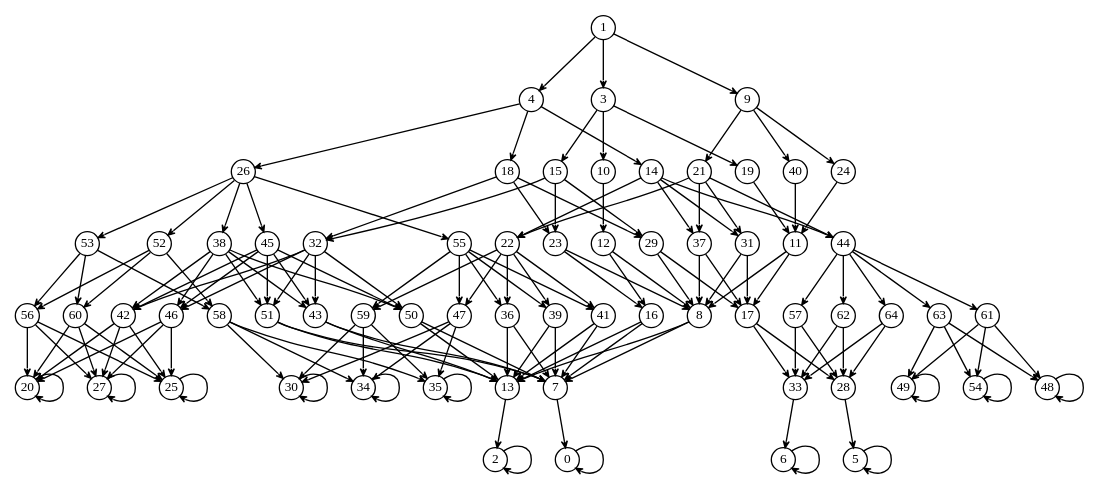
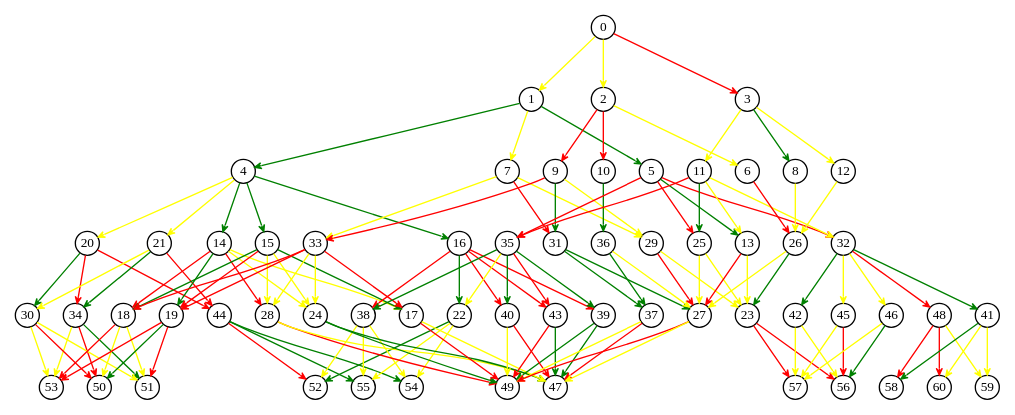
One commit to kphongph/repo_ttu changed the diagram in g.dot. Above: the diagram before and after it, drawn with Graphviz. The commit also changed 3 other files, not shown here.

```diff
--- a/g.dot
+++ b/g.dot
@@ -1,220 +1,199 @@
 digraph G {
    node [shape=circle,width=.25,height=.25,fixedsize=true,fontsize=10];
    edge [arrowhead="vee",arrowsize=.5];
-   s0 [label="1"];
-   s1 [label="4"];
-   s2 [label="3"];
-   s3 [label="9"];
-   s4 [label="26"];
-   s5 [label="18"];
-   s6 [label="15"];
+   s0 [label="0"];
+   s1 [label="1"];
+   s2 [label="2"];
+   s3 [label="3"];
+   s4 [label="4"];
+   s5 [label="7"];
+   s6 [label="9"];
    s7 [label="10"];
-   s8 [label="14"];
-   s9 [label="21"];
-   s10 [label="19"];
-   s11 [label="40"];
-   s12 [label="24"];
-   s13 [label="53"];
-   s14 [label="52"];
-   s15 [label="38"];
-   s16 [label="45"];
-   s17 [label="32"];
-   s18 [label="55"];
-   s19 [label="22"];
-   s20 [label="23"];
-   s21 [label="12"];
+   s8 [label="5"];
+   s9 [label="11"];
+   s10 [label="6"];
+   s11 [label="8"];
+   s12 [label="12"];
+   s13 [label="20"];
+   s14 [label="21"];
+   s15 [label="14"];
+   s16 [label="15"];
+   s17 [label="33"];
+   s18 [label="16"];
+   s19 [label="35"];
+   s20 [label="31"];
+   s21 [label="36"];
    s22 [label="29"];
-   s23 [label="37"];
-   s24 [label="31"];
-   s25 [label="11"];
-   s26 [label="44"];
-   s27 [label="60"];
-   s28 [label="56"];
-   s29 [label="42"];
-   s30 [label="46"];
-   s31 [label="58"];
-   s32 [label="47"];
-   s33 [label="59"];
-   s34 [label="51"];
-   s35 [label="43"];
-   s36 [label="50"];
-   s37 [label="39"];
-   s38 [label="41"];
-   s39 [label="36"];
-   s40 [label="16"];
-   s41 [label="8"];
-   s42 [label="63"];
-   s43 [label="61"];
-   s44 [label="17"];
-   s45 [label="62"];
-   s46 [label="64"];
-   s47 [label="57"];
-   s48 [label="27"];
-   s49 [label="25"];
-   s50 [label="20"];
-   s51 [label="35"];
-   s52 [label="30"];
-   s53 [label="34"];
-   s54 [label="13"];
-   s55 [label="7"];
-   s56 [label="54"];
-   s57 [label="48"];
-   s58 [label="49"];
-   s59 [label="33"];
-   s60 [label="28"];
-   s61 [label="2"];
-   s62 [label="0"];
-   s63 [label="6"];
-   s64 [label="5"];
-   s0 -> s1;
-   s0 -> s2;
-   s0 -> s3;
-   s1 -> s4;
-   s1 -> s5;
-   s1 -> s8;
-   s2 -> s6;
-   s2 -> s7;
-   s2 -> s10;
-   s3 -> s9;
-   s3 -> s11;
-   s3 -> s12;
-   s4 -> s13;
-   s4 -> s14;
-   s4 -> s15;
-   s4 -> s16;
-   s4 -> s18;
-   s5 -> s17;
-   s5 -> s20;
-   s5 -> s22;
-   s6 -> s17;
-   s6 -> s20;
-   s6 -> s22;
-   s7 -> s21;
-   s8 -> s19;
-   s8 -> s23;
-   s8 -> s24;
-   s8 -> s26;
-   s9 -> s19;
-   s9 -> s23;
-   s9 -> s24;
-   s9 -> s26;
-   s10 -> s25;
-   s11 -> s25;
-   s12 -> s25;
-   s13 -> s27;
-   s13 -> s28;
-   s13 -> s31;
-   s14 -> s27;
-   s14 -> s28;
-   s14 -> s31;
-   s15 -> s29;
-   s15 -> s30;
-   s15 -> s34;
-   s15 -> s35;
-   s15 -> s36;
-   s16 -> s29;
-   s16 -> s30;
-   s16 -> s34;
-   s16 -> s35;
-   s16 -> s36;
-   s17 -> s29;
-   s17 -> s30;
-   s17 -> s34;
-   s17 -> s35;
-   s17 -> s36;
-   s18 -> s32;
-   s18 -> s33;
-   s18 -> s37;
-   s18 -> s38;
-   s18 -> s39;
-   s19 -> s32;
-   s19 -> s33;
-   s19 -> s37;
-   s19 -> s38;
-   s19 -> s39;
-   s20 -> s40;
-   s20 -> s41;
-   s21 -> s40;
-   s21 -> s41;
-   s22 -> s41;
-   s22 -> s44;
-   s23 -> s41;
-   s23 -> s44;
-   s24 -> s41;
-   s24 -> s44;
-   s25 -> s41;
-   s25 -> s44;
-   s26 -> s42;
-   s26 -> s43;
-   s26 -> s45;
-   s26 -> s46;
-   s26 -> s47;
-   s27 -> s48;
-   s27 -> s49;
-   s27 -> s50;
-   s28 -> s48;
-   s28 -> s49;
-   s28 -> s50;
-   s29 -> s48;
-   s29 -> s49;
-   s29 -> s50;
-   s30 -> s48;
-   s30 -> s49;
-   s30 -> s50;
-   s31 -> s51;
-   s31 -> s52;
-   s31 -> s53;
-   s32 -> s51;
-   s32 -> s52;
-   s32 -> s53;
-   s33 -> s51;
-   s33 -> s52;
-   s33 -> s53;
-   s34 -> s54;
-   s34 -> s55;
-   s35 -> s54;
-   s35 -> s55;
-   s36 -> s54;
-   s36 -> s55;
-   s37 -> s54;
-   s37 -> s55;
-   s38 -> s54;
-   s38 -> s55;
-   s39 -> s54;
-   s39 -> s55;
-   s40 -> s54;
-   s40 -> s55;
-   s41 -> s54;
-   s41 -> s55;
-   s42 -> s56;
-   s42 -> s57;
-   s42 -> s58;
-   s43 -> s56;
-   s43 -> s57;
-   s43 -> s58;
-   s44 -> s59;
-   s44 -> s60;
-   s45 -> s59;
-   s45 -> s60;
-   s46 -> s59;
-   s46 -> s60;
-   s47 -> s59;
-   s47 -> s60;
-   s48 -> s48;
-   s49 -> s49;
-   s50 -> s50;
-   s51 -> s51;
-   s52 -> s52;
-   s53 -> s53;
-   s54 -> s61;
-   s55 -> s62;
-   s56 -> s56;
-   s57 -> s57;
-   s58 -> s58;
-   s59 -> s63;
-   s60 -> s64;
-   s61 -> s61;
-   s62 -> s62;
-   s63 -> s63;
-   s64 -> s64;
+   s23 [label="25"];
+   s24 [label="13"];
+   s25 [label="26"];
+   s26 [label="32"];
+   s27 [label="34"];
+   s28 [label="30"];
+   s29 [label="18"];
+   s30 [label="19"];
+   s31 [label="44"];
+   s32 [label="22"];
+   s33 [label="38"];
+   s34 [label="28"];
+   s35 [label="24"];
+   s36 [label="17"];
+   s37 [label="43"];
+   s38 [label="39"];
+   s39 [label="40"];
+   s40 [label="37"];
+   s41 [label="27"];
+   s42 [label="48"];
+   s43 [label="41"];
+   s44 [label="23"];
+   s45 [label="45"];
+   s46 [label="46"];
+   s47 [label="42"];
+   s48 [label="50"];
+   s49 [label="51"];
+   s50 [label="53"];
+   s51 [label="54"];
+   s52 [label="52"];
+   s53 [label="55"];
+   s54 [label="49"];
+   s55 [label="47"];
+   s56 [label="60"];
+   s57 [label="59"];
+   s58 [label="58"];
+   s59 [label="57"];
+   s60 [label="56"];
+   s0 -> s1 [color="yellow"];
+   s0 -> s2 [color="yellow"];
+   s0 -> s3 [color="red"];
+   s1 -> s4 [color="green"];
+   s1 -> s5 [color="yellow"];
+   s1 -> s8 [color="green"];
+   s2 -> s6 [color="red"];
+   s2 -> s7 [color="red"];
+   s2 -> s10 [color="yellow"];
+   s3 -> s9 [color="yellow"];
+   s3 -> s11 [color="green"];
+   s3 -> s12 [color="yellow"];
+   s4 -> s13 [color="yellow"];
+   s4 -> s14 [color="yellow"];
+   s4 -> s15 [color="green"];
+   s4 -> s16 [color="green"];
+   s4 -> s18 [color="green"];
+   s5 -> s17 [color="yellow"];
+   s5 -> s20 [color="red"];
+   s5 -> s22 [color="yellow"];
+   s6 -> s17 [color="red"];
+   s6 -> s20 [color="green"];
+   s6 -> s22 [color="yellow"];
+   s7 -> s21 [color="green"];
+   s8 -> s19 [color="red"];
+   s8 -> s23 [color="red"];
+   s8 -> s24 [color="green"];
+   s8 -> s26 [color="red"];
+   s9 -> s19 [color="red"];
+   s9 -> s23 [color="green"];
+   s9 -> s24 [color="yellow"];
+   s9 -> s26 [color="yellow"];
+   s10 -> s25 [color="red"];
+   s11 -> s25 [color="yellow"];
+   s12 -> s25 [color="yellow"];
+   s13 -> s27 [color="red"];
+   s13 -> s28 [color="green"];
+   s13 -> s31 [color="red"];
+   s14 -> s27 [color="green"];
+   s14 -> s28 [color="yellow"];
+   s14 -> s31 [color="red"];
+   s15 -> s29 [color="red"];
+   s15 -> s30 [color="green"];
+   s15 -> s34 [color="red"];
+   s15 -> s35 [color="yellow"];
+   s15 -> s36 [color="yellow"];
+   s16 -> s29 [color="green"];
+   s16 -> s30 [color="red"];
+   s16 -> s34 [color="yellow"];
+   s16 -> s35 [color="yellow"];
+   s16 -> s36 [color="green"];
+   s17 -> s29 [color="red"];
+   s17 -> s30 [color="red"];
+   s17 -> s34 [color="yellow"];
+   s17 -> s35 [color="yellow"];
+   s17 -> s36 [color="red"];
+   s18 -> s32 [color="green"];
+   s18 -> s33 [color="red"];
+   s18 -> s37 [color="red"];
+   s18 -> s38 [color="red"];
+   s18 -> s39 [color="red"];
+   s19 -> s32 [color="yellow"];
+   s19 -> s33 [color="green"];
+   s19 -> s37 [color="red"];
+   s19 -> s38 [color="green"];
+   s19 -> s39 [color="green"];
+   s20 -> s40 [color="green"];
+   s20 -> s41 [color="green"];
+   s21 -> s40 [color="green"];
+   s21 -> s41 [color="yellow"];
+   s22 -> s41 [color="red"];
+   s22 -> s44 [color="yellow"];
+   s23 -> s41 [color="yellow"];
+   s23 -> s44 [color="yellow"];
+   s24 -> s41 [color="red"];
+   s24 -> s44 [color="yellow"];
+   s25 -> s41 [color="yellow"];
+   s25 -> s44 [color="green"];
+   s26 -> s42 [color="red"];
+   s26 -> s43 [color="green"];
+   s26 -> s45 [color="yellow"];
+   s26 -> s46 [color="yellow"];
+   s26 -> s47 [color="green"];
+   s27 -> s48 [color="red"];
+   s27 -> s49 [color="green"];
+   s27 -> s50 [color="yellow"];
+   s28 -> s48 [color="red"];
+   s28 -> s49 [color="yellow"];
+   s28 -> s50 [color="yellow"];
+   s29 -> s48 [color="yellow"];
+   s29 -> s49 [color="yellow"];
+   s29 -> s50 [color="red"];
+   s30 -> s48 [color="green"];
+   s30 -> s49 [color="red"];
+   s30 -> s50 [color="red"];
+   s31 -> s51 [color="green"];
+   s31 -> s52 [color="red"];
+   s31 -> s53 [color="green"];
+   s32 -> s51 [color="yellow"];
+   s32 -> s52 [color="green"];
+   s32 -> s53 [color="yellow"];
+   s33 -> s51 [color="yellow"];
+   s33 -> s52 [color="yellow"];
+   s33 -> s53 [color="yellow"];
+   s34 -> s54 [color="red"];
+   s34 -> s55 [color="yellow"];
+   s35 -> s54 [color="green"];
+   s35 -> s55 [color="green"];
+   s36 -> s54 [color="red"];
+   s36 -> s55 [color="yellow"];
+   s37 -> s54 [color="red"];
+   s37 -> s55 [color="green"];
+   s38 -> s54 [color="green"];
+   s38 -> s55 [color="green"];
+   s39 -> s54 [color="yellow"];
+   s39 -> s55 [color="red"];
+   s40 -> s54 [color="yellow"];
+   s40 -> s55 [color="red"];
+   s41 -> s54 [color="red"];
+   s41 -> s55 [color="yellow"];
+   s42 -> s56 [color="red"];
+   s42 -> s57 [color="yellow"];
+   s42 -> s58 [color="red"];
+   s43 -> s56 [color="yellow"];
+   s43 -> s57 [color="yellow"];
+   s43 -> s58 [color="green"];
+   s44 -> s59 [color="red"];
+   s44 -> s60 [color="red"];
+   s45 -> s59 [color="yellow"];
+   s45 -> s60 [color="red"];
+   s46 -> s59 [color="yellow"];
+   s46 -> s60 [color="green"];
+   s47 -> s59 [color="yellow"];
+   s47 -> s60 [color="yellow"];
 }
```
